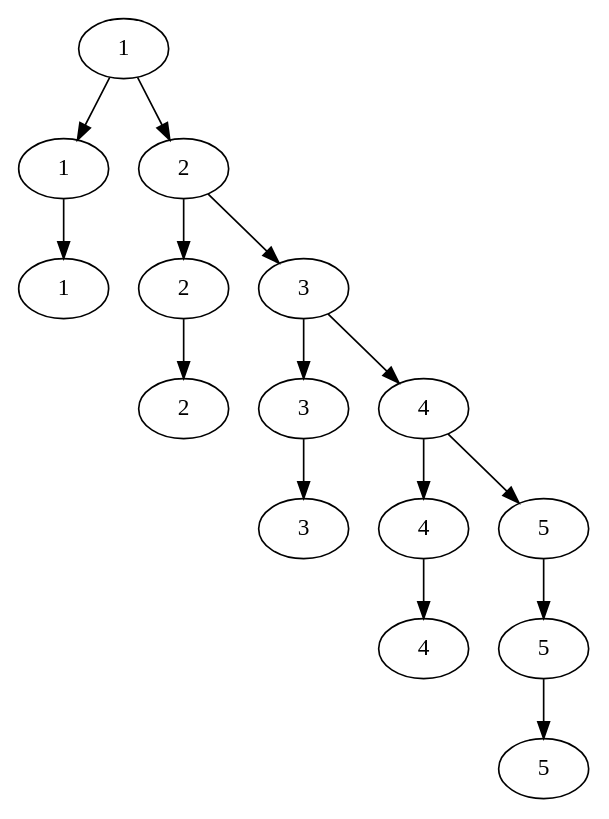
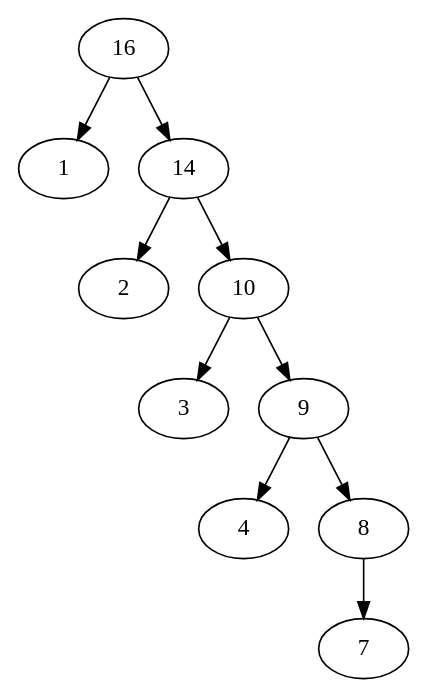
Before and after one commit to bonawentura/haskell-clrs: the diagram in graph.dot, drawn with Graphviz. The commit also changed 4 other files, not shown here.

```diff
--- a/graph.dot
+++ b/graph.dot
@@ -1,34 +1,24 @@
 digraph 
 {
  
-O [ label="1" ]
+O [ label="16" ]
 OL [ label="1" ]
-OLL [ label="1" ]
-OR [ label="2" ]
+OR [ label="14" ]
 ORL [ label="2" ]
-ORLL [ label="2" ]
-ORR [ label="3" ]
+ORR [ label="10" ]
 ORRL [ label="3" ]
-ORRLL [ label="3" ]
-ORRR [ label="4" ]
+ORRR [ label="9" ]
 ORRRL [ label="4" ]
-ORRRLL [ label="4" ]
-ORRRR [ label="5" ]
-ORRRRL [ label="5" ]
-ORRRRLL [ label="5" ] 
+ORRRR [ label="8" ]
+ORRRRL [ label="7" ] 
  
 O -> OL
 O -> OR
-OL -> OLL
 OR -> ORL
 OR -> ORR
-ORL -> ORLL
 ORR -> ORRL
 ORR -> ORRR
-ORRL -> ORRLL
 ORRR -> ORRRL
 ORRR -> ORRRR
-ORRRL -> ORRRLL
-ORRRR -> ORRRRL
-ORRRRL -> ORRRRLL 
+ORRRR -> ORRRRL 
  }
```
